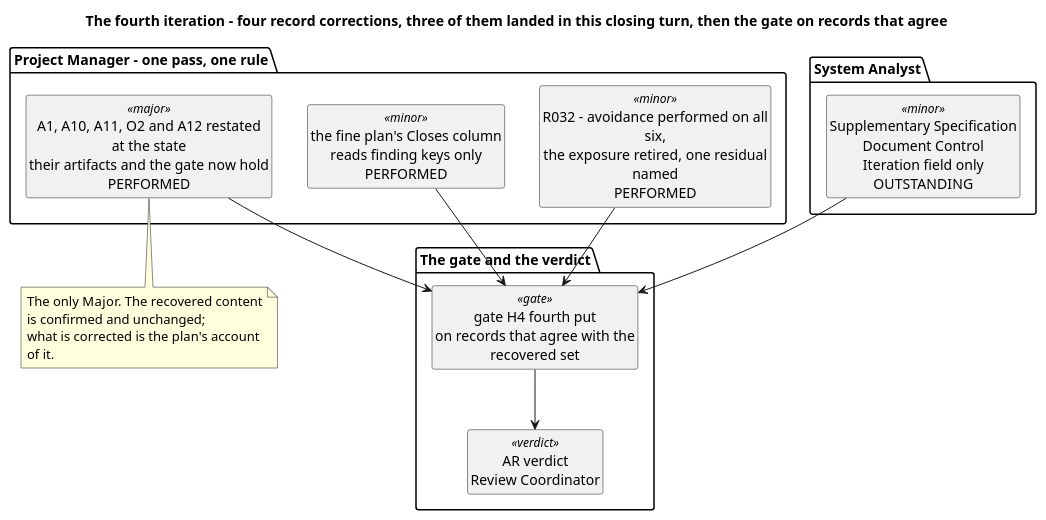
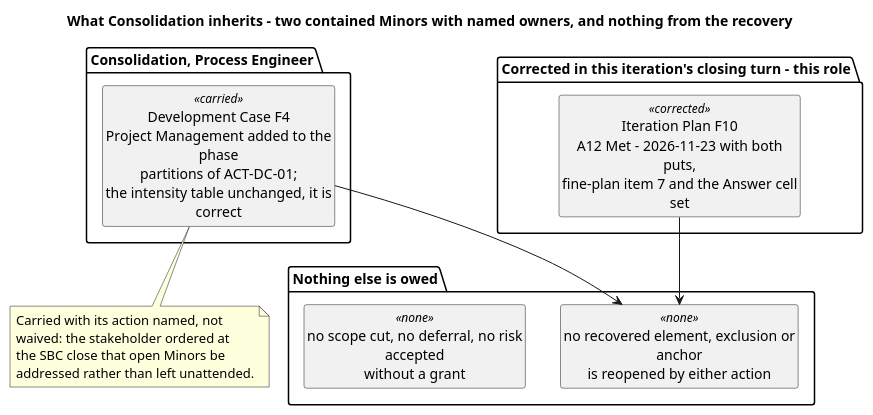
One commit to banense-test/TodoApp changed the sixth of 6 diagrams in docs/artifacts/project-management/iteration-assessment.md. Above: the diagram before and after it, drawn with PlantUML. The commit also changed other lines of this file, not shown here.

Commit message:
Project Manager [Excavation4]: upsert Iteration Assessment
[skip ci]

````diff
--- a/docs/artifacts/project-management/iteration-assessment.md
+++ b/docs/artifacts/project-management/iteration-assessment.md
@@ -320,31 +320,26 @@
 ```plantuml
 @startuml
-title The fourth iteration - four record corrections, three of them landed in this closing turn, then the gate on records that agree
+title What Consolidation inherits - two contained Minors with named owners, and nothing from the recovery
 skinparam shadowing false
 skinparam wrapWidth 240
 hide circle
 hide empty members
 
-package "Project Manager - one pass, one rule" {
-  class "A1, A10, A11, O2 and A12 restated at the state\ntheir artifacts and the gate now hold\nPERFORMED" as M1 <<major>>
-  class "the fine plan's Closes column\nreads finding keys only\nPERFORMED" as M2 <<minor>>
-  class "R032 - avoidance performed on all six,\nthe exposure retired, one residual named\nPERFORMED" as M3 <<minor>>
+package "Corrected in this iteration's closing turn - this role" {
+  class "Iteration Plan F10\nA12 Met - 2026-11-23 with both puts,\nfine-plan item 7 and the Answer cell set" as M1 <<corrected>>
 }
-package "System Analyst" {
-  class "Supplementary Specification Document Control\nIteration field only\nOUTSTANDING" as S1 <<minor>>
+package "Consolidation, Process Engineer" {
+  class "Development Case F4\nProject Management added to the phase\npartitions of ACT-DC-01;\nthe intensity table unchanged, it is correct" as P1 <<carried>>
 }
-package "The gate and the verdict" {
-  class "gate H4 fourth put\non records that agree with the recovered set" as G <<gate>>
-  class "AR verdict\nReview Coordinator" as V <<verdict>>
+package "Nothing else is owed" {
+  class "no recovered element, exclusion or anchor\nis reopened by either action" as N1 <<none>>
+  class "no scope cut, no deferral, no risk accepted\nwithout a grant" as N2 <<none>>
 }
-M1 --> G
-M2 --> G
-M3 --> G
-S1 --> G
-G --> V
-note bottom of M1
-  The only Major. The recovered content is confirmed and unchanged;
-  what is corrected is the plan's account of it.
+M1 --> N1
+P1 --> N1
+note bottom of P1
+  Carried with its action named, not waived: the stakeholder ordered at
+  the SBC close that open Minors be addressed rather than left unattended.
 end note
 @enduml
 ```
````
